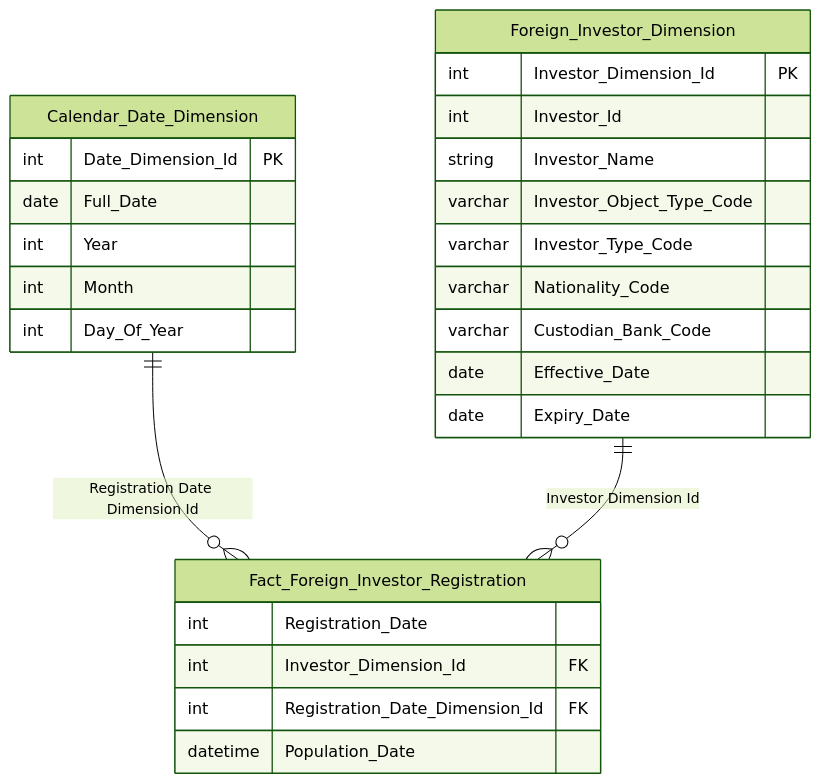
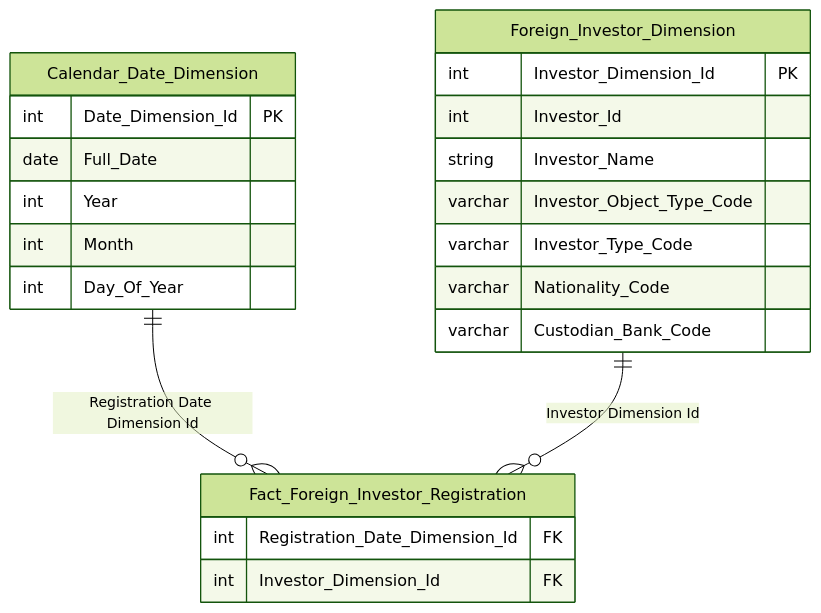
Before and after one commit to linhlvit/ubck_atomic_design: the eighth of 34 diagrams in Datamart/hld/DTM_NDTNN_HLD.md, drawn with Mermaid (forest theme). The commit also changed other lines of this file and 10 other files, not shown here.

````diff
--- a/Datamart/hld/DTM_NDTNN_HLD.md
+++ b/Datamart/hld/DTM_NDTNN_HLD.md
@@ -314,30 +330,26 @@
 ```mermaid
 erDiagram
     Calendar_Date_Dimension {
         int Date_Dimension_Id PK
         date Full_Date
         int Year
         int Month
         int Day_Of_Year
     }
     Foreign_Investor_Dimension {
         int Investor_Dimension_Id PK
         int Investor_Id
         string Investor_Name
         varchar Investor_Object_Type_Code
         varchar Investor_Type_Code
         varchar Nationality_Code
         varchar Custodian_Bank_Code
-        date Effective_Date
-        date Expiry_Date
     }
     Fact_Foreign_Investor_Registration {
-        int Registration_Date
+        int Registration_Date_Dimension_Id FK
         int Investor_Dimension_Id FK
-        int Registration_Date_Dimension_Id FK
-        datetime Population_Date
     }
 
     Calendar_Date_Dimension ||--o{ Fact_Foreign_Investor_Registration : "Registration Date Dimension Id"
     Foreign_Investor_Dimension ||--o{ Fact_Foreign_Investor_Registration : "Investor Dimension Id"
 ```
````
